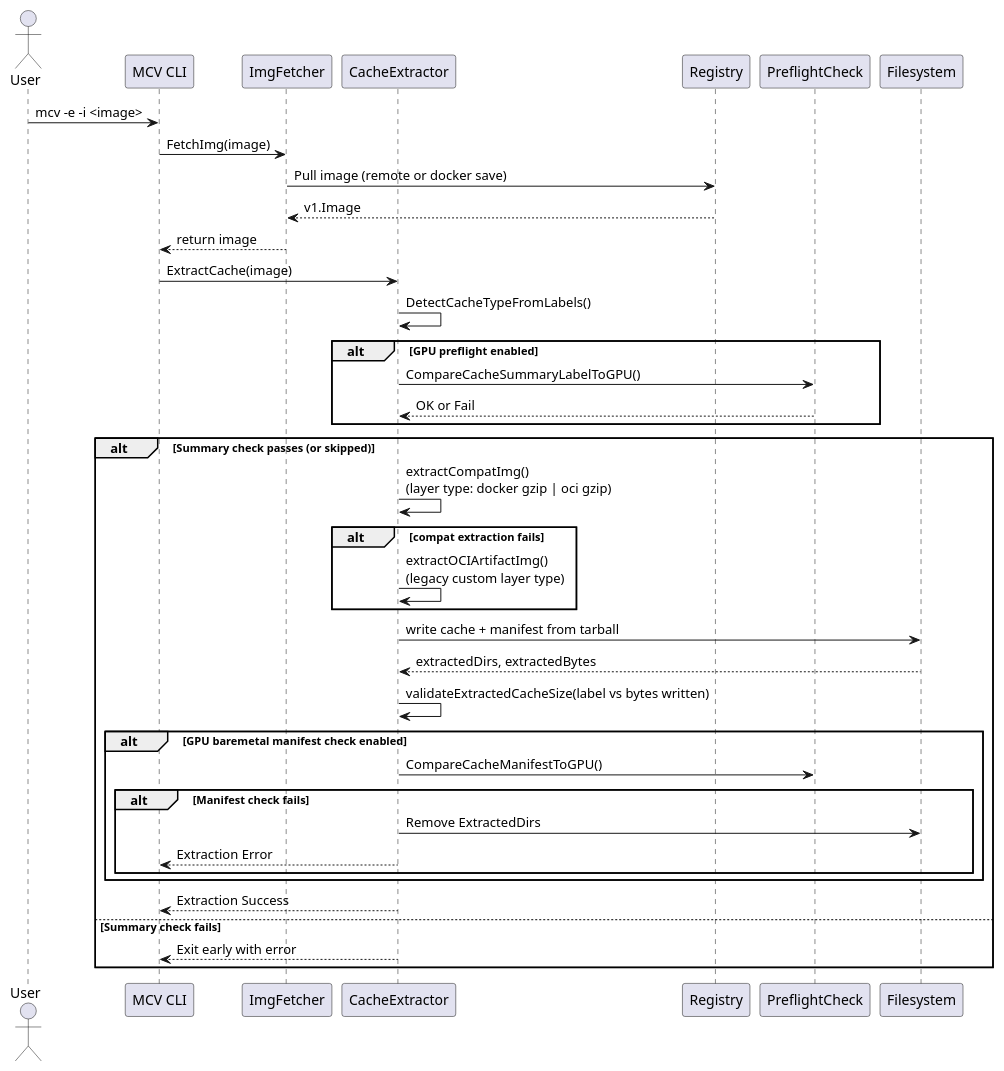
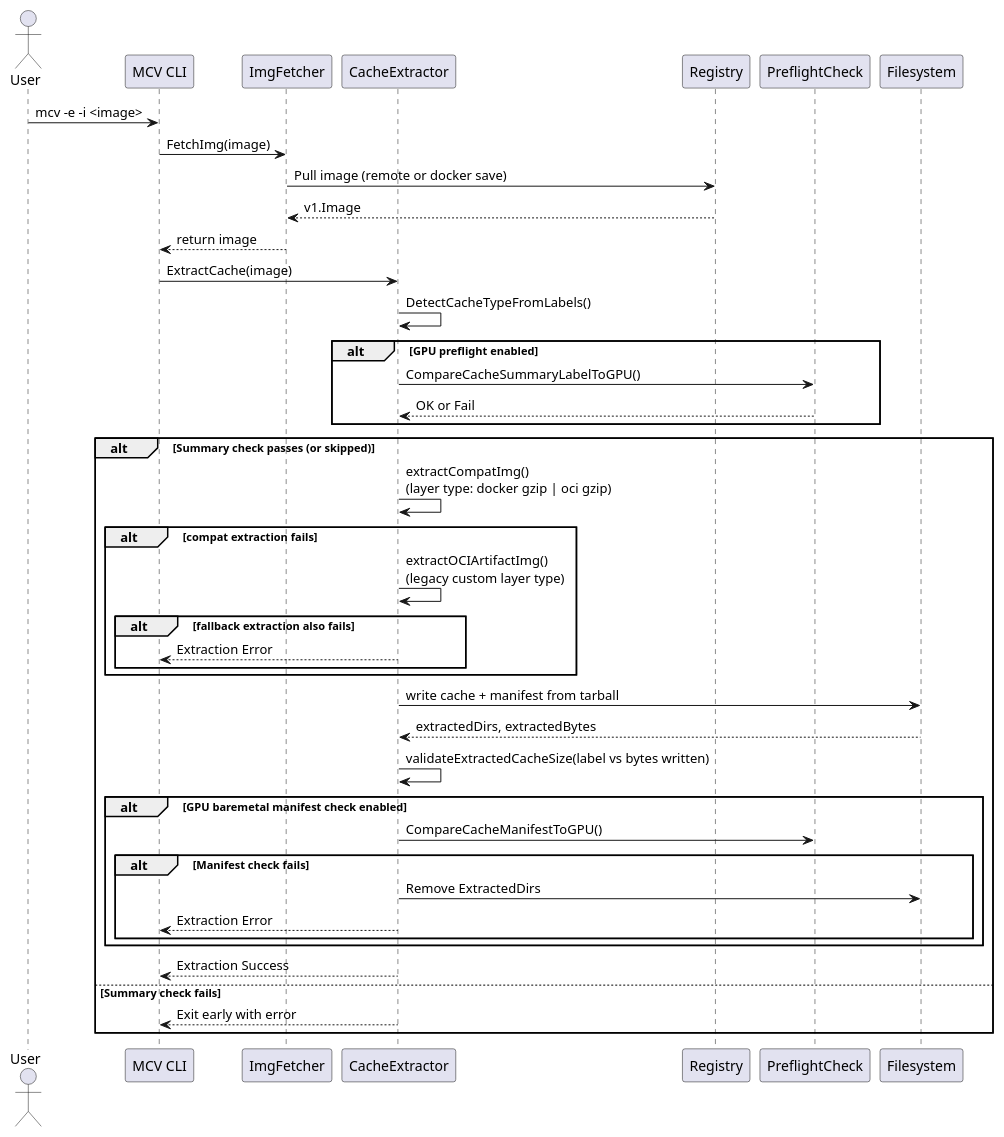
The diagram in mcv/docs/puml/extract.puml (redhat-et/GKM), drawn with PlantUML before and after one commit. The commit also changed 7 other files, not shown here.

```diff
--- a/mcv/docs/puml/extract.puml
+++ b/mcv/docs/puml/extract.puml
@@ -1,43 +1,46 @@
 @startuml
 actor User
 participant "MCV CLI" as CLI
 participant "ImgFetcher" as Fetcher
 participant "CacheExtractor" as Extractor
 participant "Registry" as Registry
 participant "PreflightCheck" as Check
 participant "Filesystem" as FS
 
 User -> CLI : mcv -e -i <image>
 CLI -> Fetcher : FetchImg(image)
 Fetcher -> Registry : Pull image (remote or docker save)
 Registry --> Fetcher : v1.Image
 Fetcher --> CLI : return image
 
 CLI -> Extractor : ExtractCache(image)
 Extractor -> Extractor : DetectCacheTypeFromLabels()
 
 alt GPU preflight enabled
     Extractor -> Check : CompareCacheSummaryLabelToGPU()
     Check --> Extractor : OK or Fail
 end
 
 alt Summary check passes (or skipped)
     Extractor -> Extractor : extractCompatImg()\n(layer type: docker gzip | oci gzip)
     alt compat extraction fails
         Extractor -> Extractor : extractOCIArtifactImg()\n(legacy custom layer type)
+        alt fallback extraction also fails
+            Extractor --> CLI : Extraction Error
+        end
     end
     Extractor -> FS : write cache + manifest from tarball
     FS --> Extractor : extractedDirs, extractedBytes
     Extractor -> Extractor : validateExtractedCacheSize(label vs bytes written)
     alt GPU baremetal manifest check enabled
         Extractor -> Check : CompareCacheManifestToGPU()
         alt Manifest check fails
             Extractor -> FS : Remove ExtractedDirs
             Extractor --> CLI : Extraction Error
         end
     end
     Extractor --> CLI : Extraction Success
 else Summary check fails
     Extractor --> CLI : Exit early with error
 end
 @enduml
```
